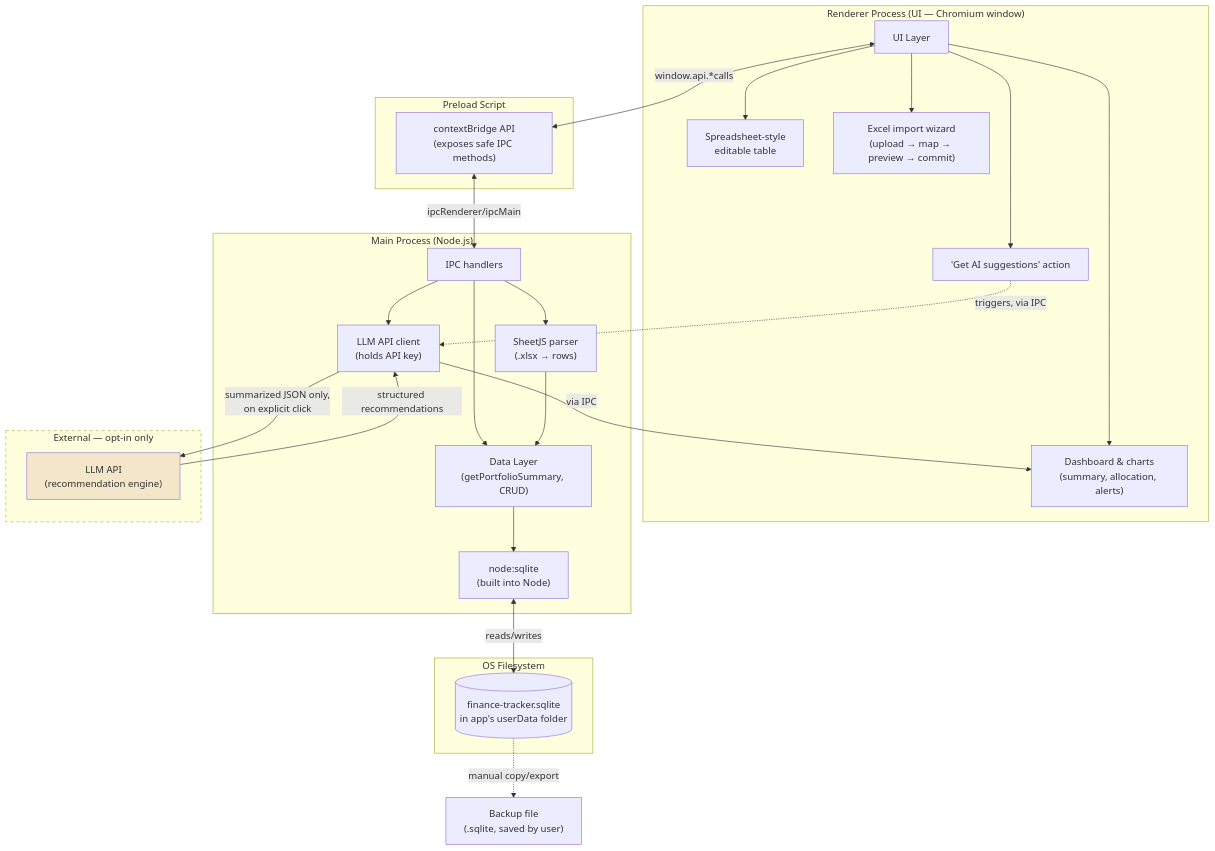
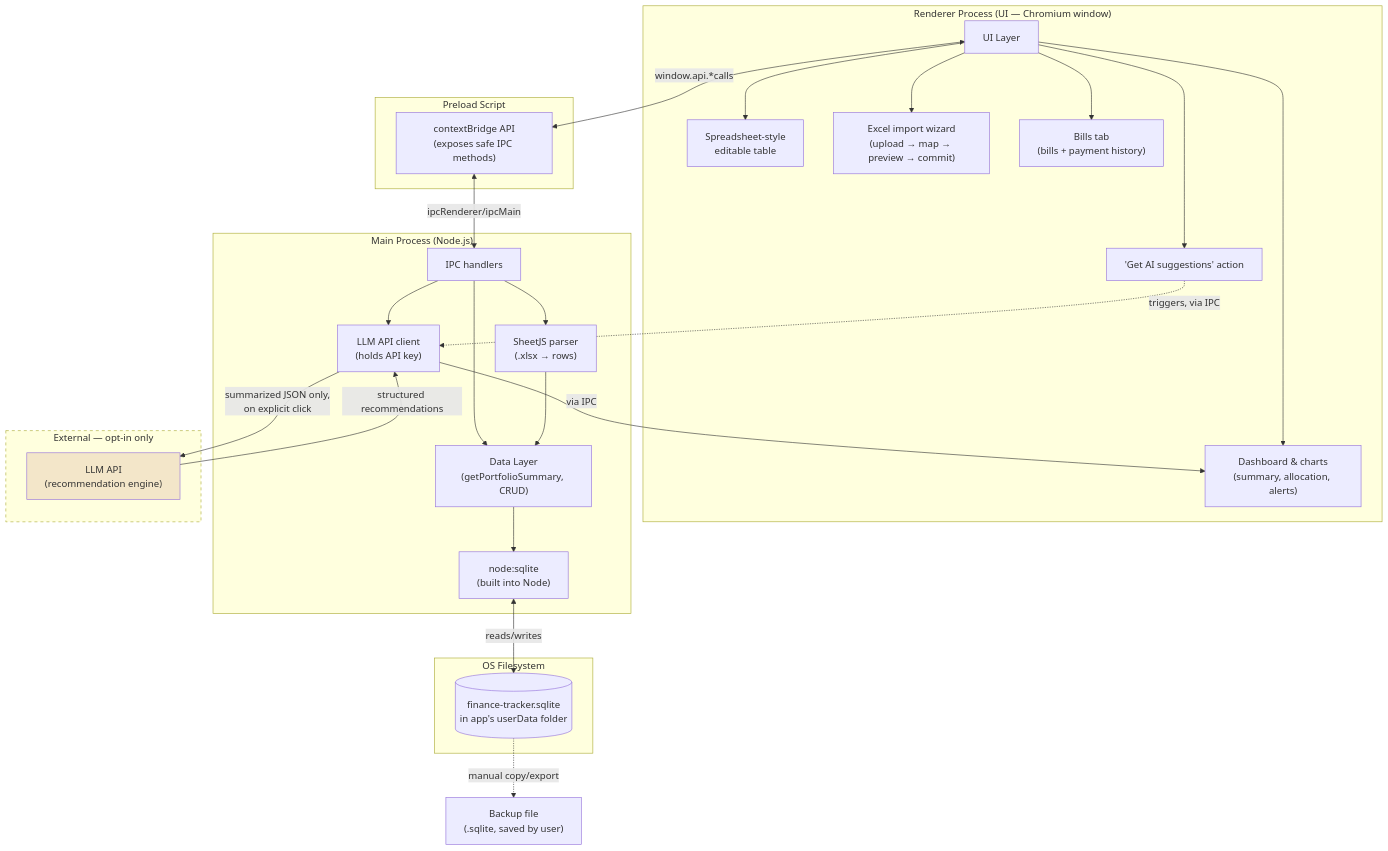
The diagram in finance-tracker-spec.md (mithipatiraj-cmc/portfolio-ledger), drawn with Mermaid before and after one commit. The commit also changed other lines of this file and 13 other files, not shown here.

First line of the commit message:
Add a Bills tab to track recurring bills and their payment history

````diff
--- a/finance-tracker-spec.md
+++ b/finance-tracker-spec.md
@@ -191,47 +191,48 @@
 ```mermaid
 flowchart TB
     subgraph RENDERER["Renderer Process (UI — Chromium window)"]
         UI[UI Layer]
         UI --> TableView["Spreadsheet-style<br/>editable table"]
         UI --> Dashboard["Dashboard &amp; charts<br/>(summary, allocation, alerts)"]
         UI --> ImportUI["Excel import wizard<br/>(upload → map → preview → commit)"]
         UI --> AIButton["'Get AI suggestions' action"]
+        UI --> BillsTab["Bills tab<br/>(bills + payment history)"]
     end
 
     subgraph PRELOAD["Preload Script"]
         Bridge["contextBridge API<br/>(exposes safe IPC methods)"]
     end
 
     subgraph MAIN["Main Process (Node.js)"]
         IPCHandlers["IPC handlers"]
         DataAPI["Data Layer<br/>(getPortfolioSummary, CRUD)"]
         SQLite["node:sqlite<br/>(built into Node)"]
         Parser["SheetJS parser<br/>(.xlsx → rows)"]
         LLMCall["LLM API client<br/>(holds API key)"]
         IPCHandlers --> DataAPI
         IPCHandlers --> Parser
         IPCHandlers --> LLMCall
         DataAPI --> SQLite
         Parser --> DataAPI
     end
 
     subgraph DISK["OS Filesystem"]
         DBFile[("finance-tracker.sqlite<br/>in app's userData folder")]
     end
 
     subgraph EXTERNAL["External — opt-in only"]
         LLM["LLM API<br/>(recommendation engine)"]
     end
 
     UI <-->|window.api.*calls| Bridge
     Bridge <-->|ipcRenderer/ipcMain| IPCHandlers
     SQLite <-->|reads/writes| DBFile
     AIButton -.->|triggers, via IPC| LLMCall
     LLMCall -->|summarized JSON only,<br/>on explicit click| LLM
     LLM -->|structured recommendations| LLMCall
     LLMCall -->|via IPC| Dashboard
     DBFile -.->|manual copy/export| Backup["Backup file<br/>(.sqlite, saved by user)"]
 
     style EXTERNAL stroke-dasharray: 5 5
     style LLM fill:#a13d3d20
 ```
````
